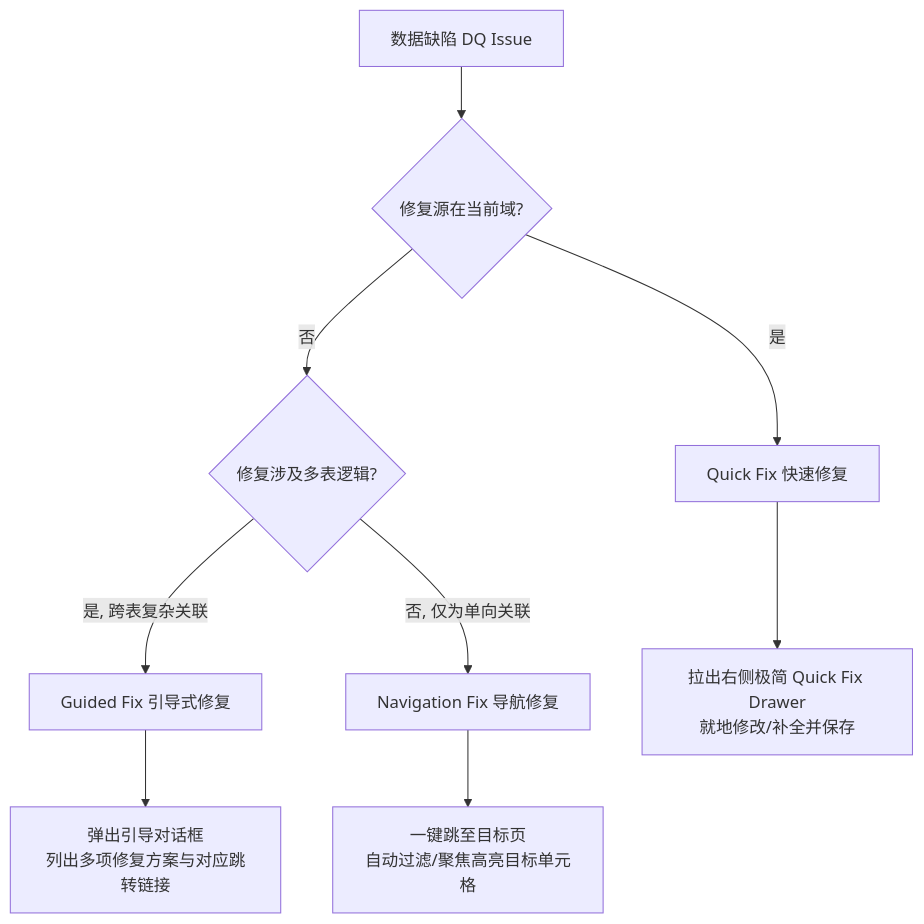
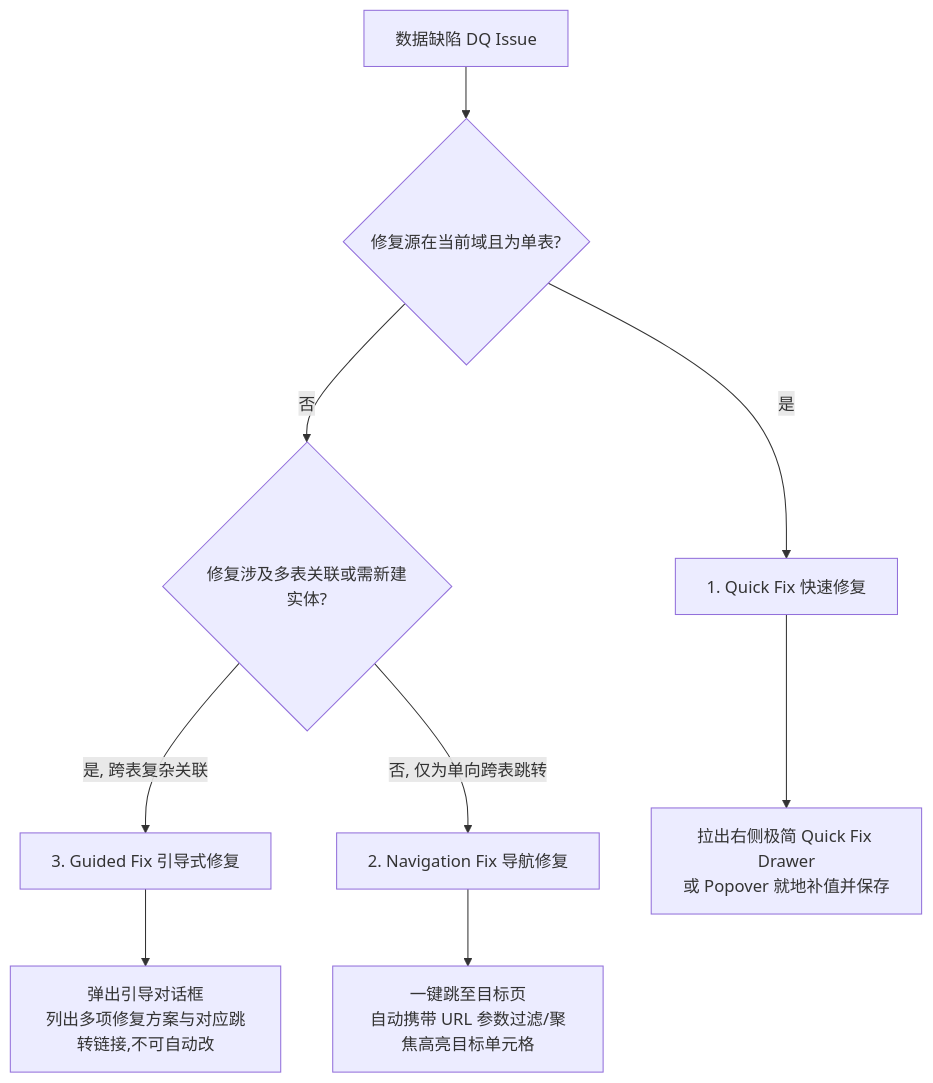
The diagram in docs/data-quality/V1_36_DATA_QUALITY_REMEDIATION_SPEC.md (zhewenzhang/abf-capacity-calculator), drawn with Mermaid before and after one commit. The commit also changed other lines of this file and 3 other files, not shown here.

````diff
--- a/docs/data-quality/V1_36_DATA_QUALITY_REMEDIATION_SPEC.md
+++ b/docs/data-quality/V1_36_DATA_QUALITY_REMEDIATION_SPEC.md
@@ -27,12 +41,12 @@
 ```mermaid
 graph TD
-    A[数据缺陷 DQ Issue] --> B{修复源在当前域?}
-    B -- 是 --> C[Quick Fix 快速修复]
-    B -- 否 --> D{修复涉及多表逻辑?}
-    D -- 是, 跨表复杂关联 --> F[Guided Fix 引导式修复]
-    D -- 否, 仅为单向关联 --> E[Navigation Fix 导航修复]
+    A[数据缺陷 DQ Issue] --> B{修复源在当前域且为单表?}
+    B -- 是 --> C[1. Quick Fix 快速修复]
+    B -- 否 --> D{修复涉及多表关联或需新建实体?}
+    D -- 是, 跨表复杂关联 --> F[3. Guided Fix 引导式修复]
+    D -- 否, 仅为单向跨表跳转 --> E[2. Navigation Fix 导航修复]
     
-    C --> C1[拉出右侧极简 Quick Fix Drawer<br>就地修改/补全并保存]
-    E --> E1[一键跳至目标页<br>自动过滤/聚焦高亮目标单元格]
-    F --> F1[弹出引导对话框<br>列出多项修复方案与对应跳转链接]
+    C --> C1[拉出右侧极简 Quick Fix Drawer<br>或 Popover 就地补值并保存]
+    E --> E1[一键跳至目标页<br>自动携带 URL 参数过滤/聚焦高亮目标单元格]
+    F --> F1[弹出引导对话框<br>列出多项修复方案与对应跳转链接,不可自动改]
 ```
````
